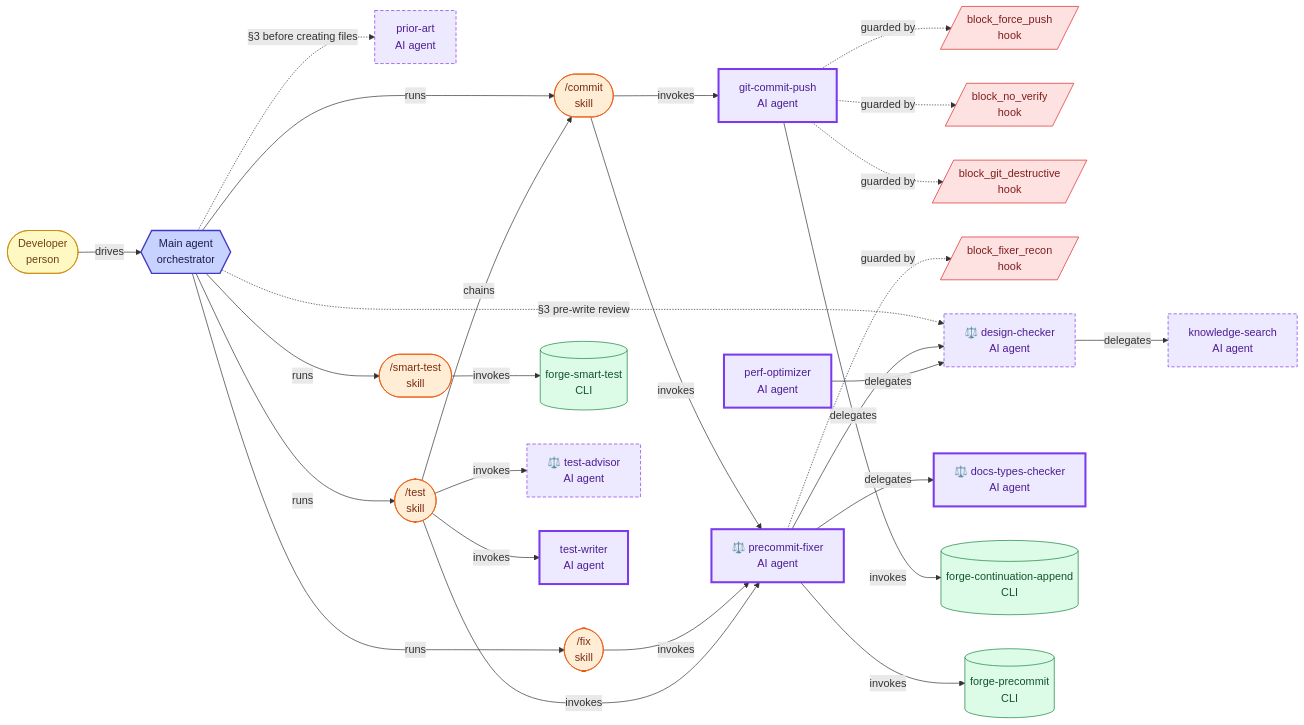
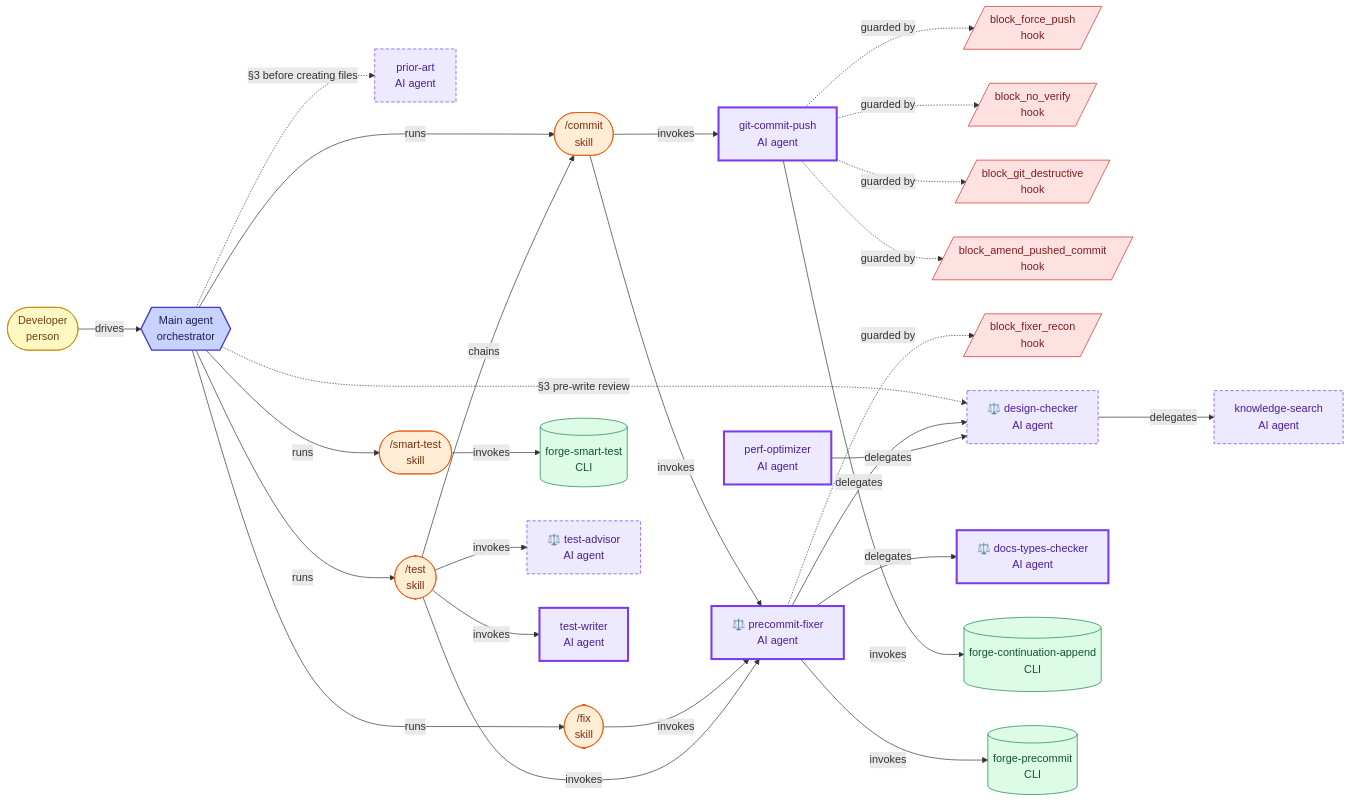
One commit to misnaej/forge changed the second of 7 diagrams in docs/agent-architecture.md. Above: the diagram before and after it, drawn with Mermaid. The commit also changed 10 other files, not shown here.

Commit message:
feat(hooks): block amend of a pushed commit at the cause (#414)

```diff
--- a/docs/agent-architecture.md
+++ b/docs/agent-architecture.md
@@ -108,6 +108,7 @@
   hk_block_force_push[/"block_force_push<br/>hook"/]
   hk_block_no_verify[/"block_no_verify<br/>hook"/]
   hk_block_git_destructive[/"block_git_destructive<br/>hook"/]
+  hk_block_amend_pushed_commit[/"block_amend_pushed_commit<br/>hook"/]
   hk_block_fixer_recon[/"block_fixer_recon<br/>hook"/]
   sk_commit(["/commit<br/>skill"])
   design_checker["⚖️ design-checker<br/>AI agent"]
@@ -148,12 +149,14 @@
   git_commit_push -.->|guarded by| hk_block_no_verify
   git_commit_push -.->|guarded by| hk_block_force_push
   git_commit_push -.->|guarded by| hk_block_git_destructive
+  git_commit_push -.->|guarded by| hk_block_amend_pushed_commit
   precommit_fixer -.->|guarded by| hk_block_fixer_recon
   class human person
   class main_agent orchestrator
   class hk_block_force_push hook
   class hk_block_no_verify hook
   class hk_block_git_destructive hook
+  class hk_block_amend_pushed_commit hook
   class hk_block_fixer_recon hook
   class sk_commit skill
   class design_checker agent
```
